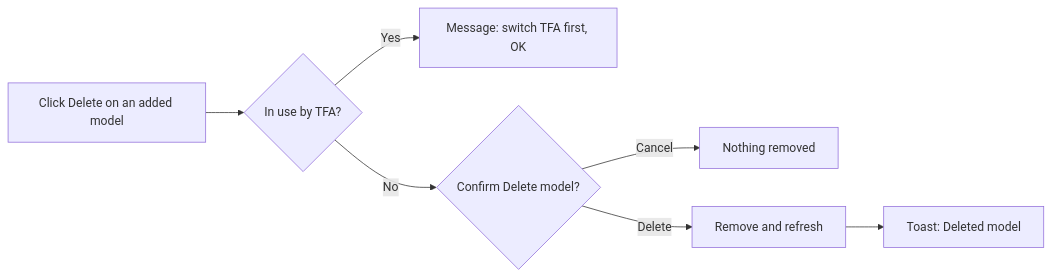
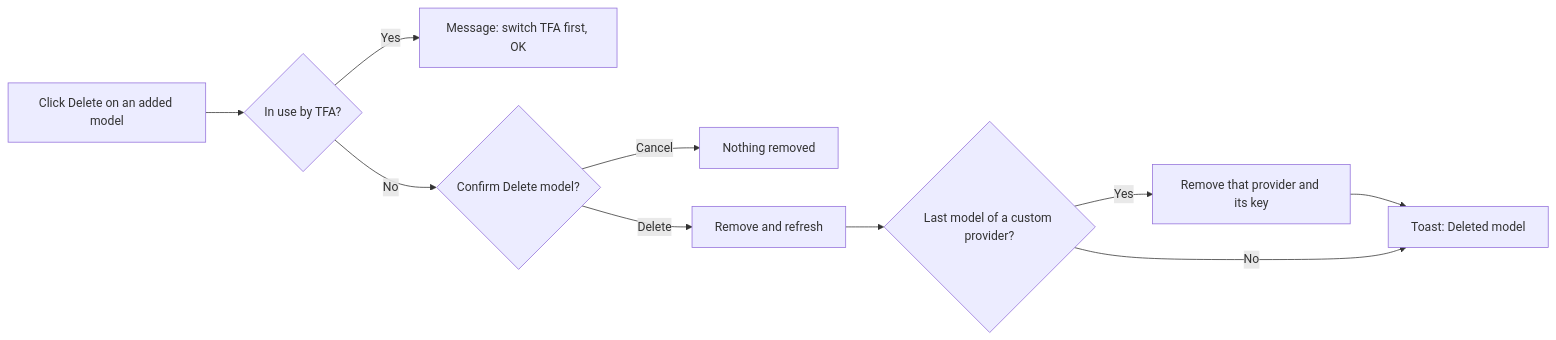
The fourth of 6 diagrams in TF - Documents/TFWorkflow/App WF in MD/08-Settings/08.4-TFA-Settings.md (jojogeorge3344/TaskFlow-Project), drawn with Mermaid before and after one commit. The commit also changed other lines of this file and 8 other files, not shown here.

````diff
--- a/TF - Documents/TFWorkflow/App WF in MD/08-Settings/08.4-TFA-Settings.md
+++ b/TF - Documents/TFWorkflow/App WF in MD/08-Settings/08.4-TFA-Settings.md
@@ -171,8 +181,10 @@
 ```mermaid
 flowchart LR
   A["Click Delete on an added model"] --> B{"In use by TFA?"}
   B -- Yes --> C["Message: switch TFA first, OK"]
   B -- No --> D{"Confirm Delete model?"}
   D -- Cancel --> E["Nothing removed"]
-  D -- Delete --> F["Remove and refresh"] --> G["Toast: Deleted model"]
+  D -- Delete --> F["Remove and refresh"] --> J{"Last model of a custom provider?"}
+  J -- Yes --> K["Remove that provider and its key"] --> G["Toast: Deleted model"]
+  J -- No --> G
 ```
````
